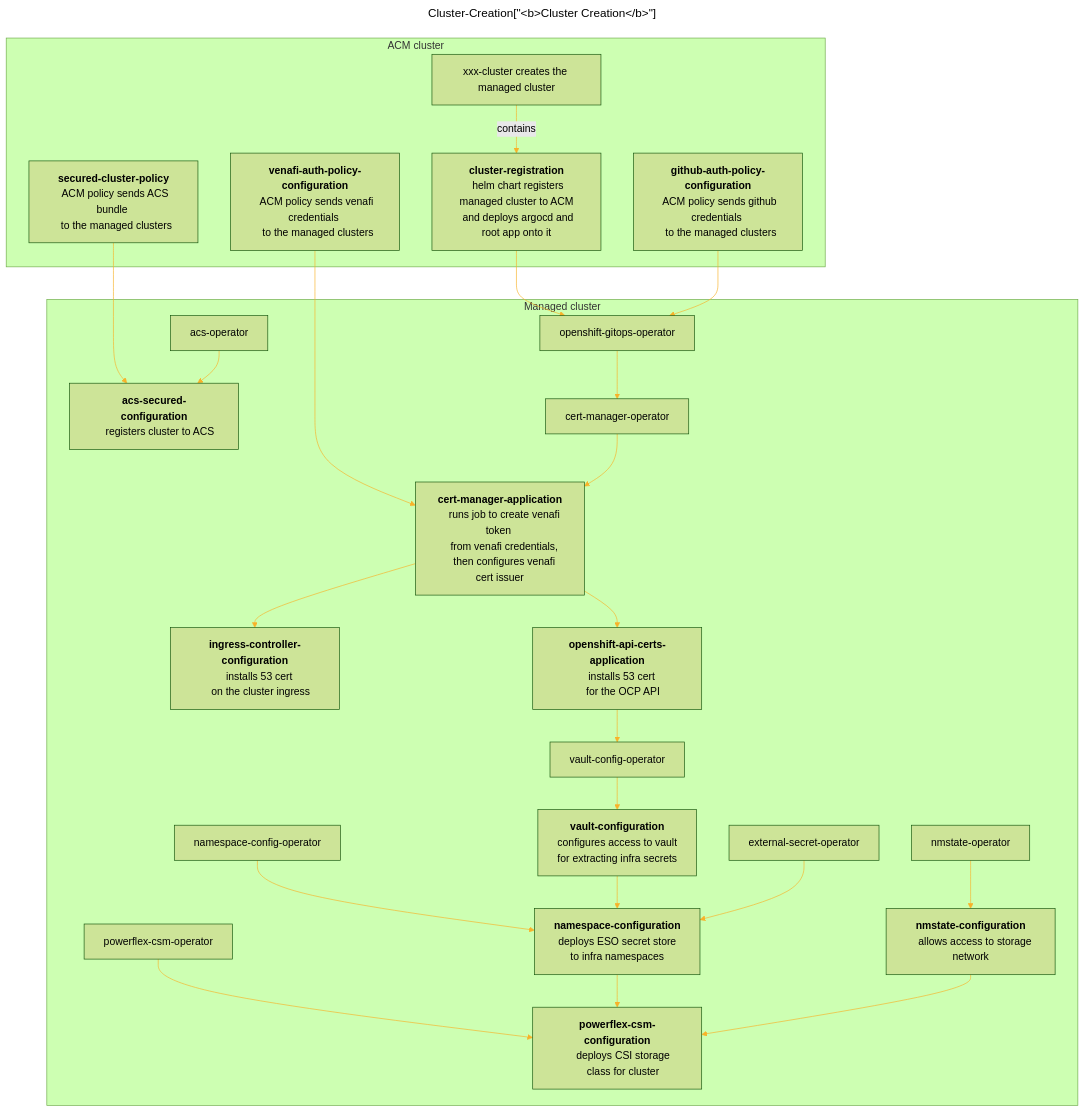
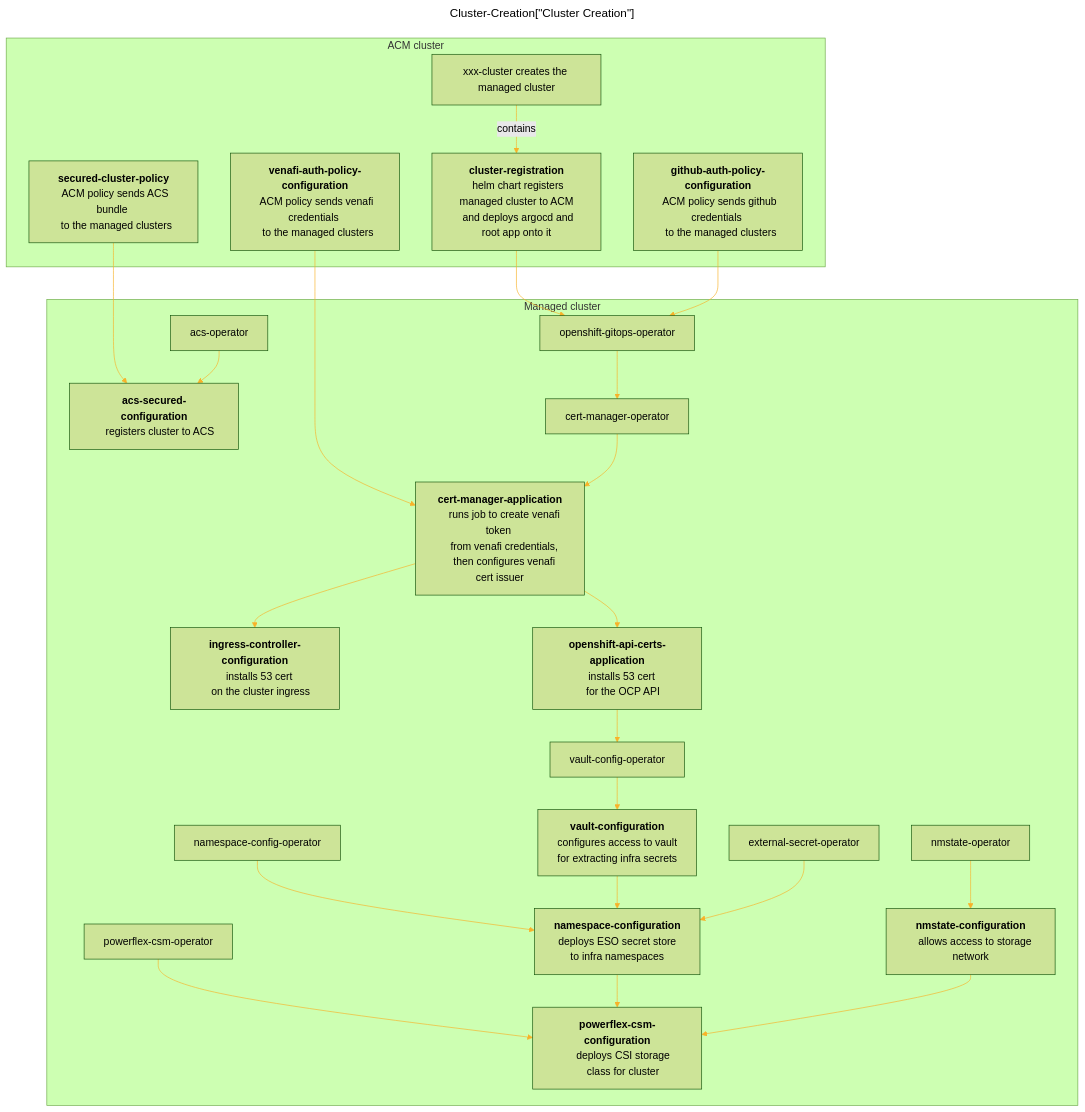
One commit to mmwillingham/acm changed the diagram in test-mermaid/test-mermaid.build.md. Above: the diagram before and after it, drawn with Mermaid.

````diff
--- a/test-mermaid/test-mermaid.build.md
+++ b/test-mermaid/test-mermaid.build.md
@@ -2,68 +2,68 @@
 ```mermaid
 ---
-title: Cluster-Creation["<b>Cluster Creation</b>"]
+title: Cluster-Creation["Cluster Creation"]
 ---
 %%{
   init: {
     'theme': 'forest',
     'themeVariables': {
       'primaryColor': '#BB2528',
       'primaryTextColor': '#fff',
       'primaryBorderColor': '#7C0000',
       'lineColor': '#F8B229',
       'secondaryColor': '#006100',
       'tertiaryColor': '#fff'
     }
   }
 }%%
 flowchart TD
 venafi-auth-policy-configuration --> cert-manager-application
 cluster-registration --> openshift-gitops-operator
 github-auth-policy-configuration --> openshift-gitops-operator
 secured-cluster-policy --> acs-secured-configuration
 subgraph ACM cluster
 xxx-cluster["xxx-cluster creates the managed cluster"] -- contains --> cluster-registration["<b>cluster-registration</b>
   helm chart registers managed cluster to ACM
   and deploys argocd and root app onto it"]
 venafi-auth-policy-configuration["<b>venafi-auth-policy-configuration</b>
   ACM policy sends venafi credentials 
   to the managed clusters"]
 github-auth-policy-configuration["<b>github-auth-policy-configuration</b>
   ACM policy sends github credentials 
   to the managed clusters"]
 secured-cluster-policy["<b>secured-cluster-policy</b>
   ACM policy sends ACS bundle 
   to the managed clusters"]
 end
 subgraph Managed cluster
 openshift-gitops-operator --> cert-manager-operator
 cert-manager-operator --> cert-manager-application["<b>cert-manager-application</b>
     runs job to create venafi token 
     from venafi credentials, 
     then configures venafi cert issuer"]
 cert-manager-application --> ingress-controller-configuration["<b>ingress-controller-configuration</b>
     installs 53 cert 
     on the cluster ingress"]
 cert-manager-application --> openshift-api-certs-application["<b>openshift-api-certs-application</b>
     installs 53 cert 
     for the OCP API"]    
 openshift-api-certs-application --> vault-config-operator
 vault-config-operator --> vault-configuration["<b>vault-configuration</b>
     configures access to vault 
     for extracting infra secrets"]
 nmstate-operator --> nmstate-configuration["<b>nmstate-configuration</b>
     allows access to storage network"]
 namespace-config-operator --> namespace-configuration["<b>namespace-configuration</b>
     deploys ESO secret store 
     to infra namespaces"]
 vault-configuration --> namespace-configuration
 external-secret-operator --> namespace-configuration
 powerflex-csm-operator --> powerflex-csm-configuration["<b>powerflex-csm-configuration</b>
     deploys CSI storage
     class for cluster"]
 namespace-configuration --> powerflex-csm-configuration
 nmstate-configuration --> powerflex-csm-configuration
 acs-operator --> acs-secured-configuration["<b>acs-secured-configuration</b>
     registers cluster to ACS"]    
 end
 ```
````
